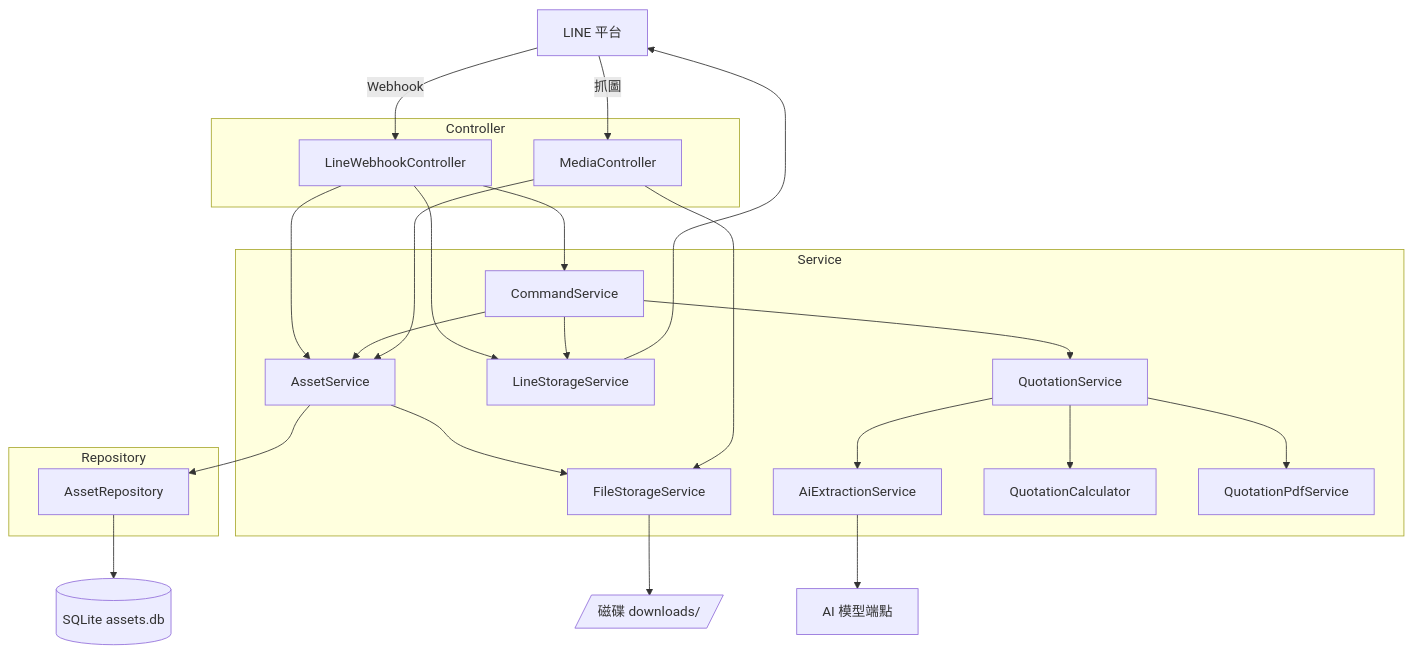
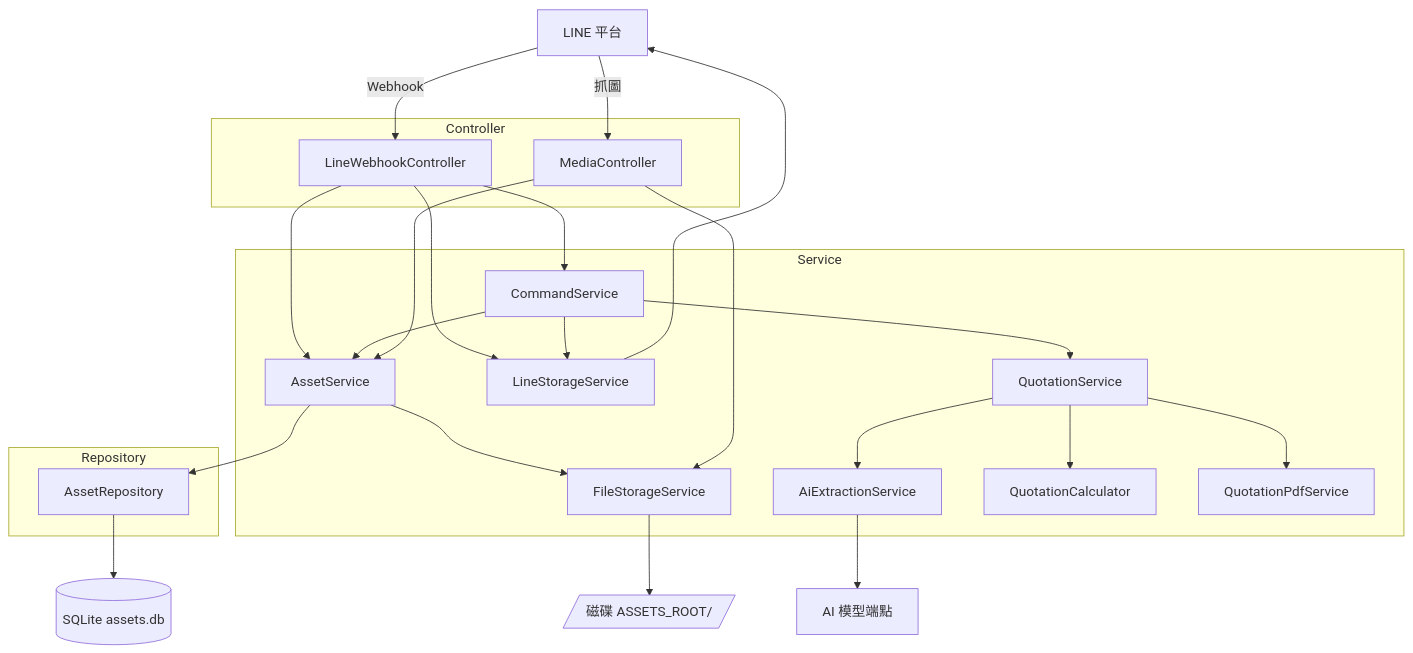
The diagram in docs/reference/index.md (MiuDog/linebot-commercial), drawn with Mermaid before and after one commit. The commit also changed 21 other files, not shown here.

````diff
--- a/docs/reference/index.md
+++ b/docs/reference/index.md
@@ -53,48 +53,48 @@
 ```mermaid
 flowchart TD
     LINE[LINE 平台]
 
     subgraph Controller
         WH[LineWebhookController]
         MC[MediaController]
     end
 
     subgraph Service
         CS[CommandService]
         AS[AssetService]
         FS[FileStorageService]
         LS[LineStorageService]
         QS[QuotationService]
         AI[AiExtractionService]
         QC[QuotationCalculator]
         QP[QuotationPdfService]
     end
 
     subgraph Repository
         AR[AssetRepository]
     end
 
     DB[(SQLite assets.db)]
-    DISK[/磁碟 downloads//]
+    DISK[/磁碟 ASSETS_ROOT//]
     MODEL[AI 模型端點]
 
     LINE -->|Webhook| WH
     LINE -->|抓圖| MC
     WH --> CS
     WH --> AS
     WH --> LS
     CS --> AS
     CS --> QS
     CS --> LS
     QS --> AI
     QS --> QC
     QS --> QP
     AI --> MODEL
     AS --> AR
     AS --> FS
     MC --> AS
     MC --> FS
     AR --> DB
     FS --> DISK
     LS --> LINE
 ```
````
